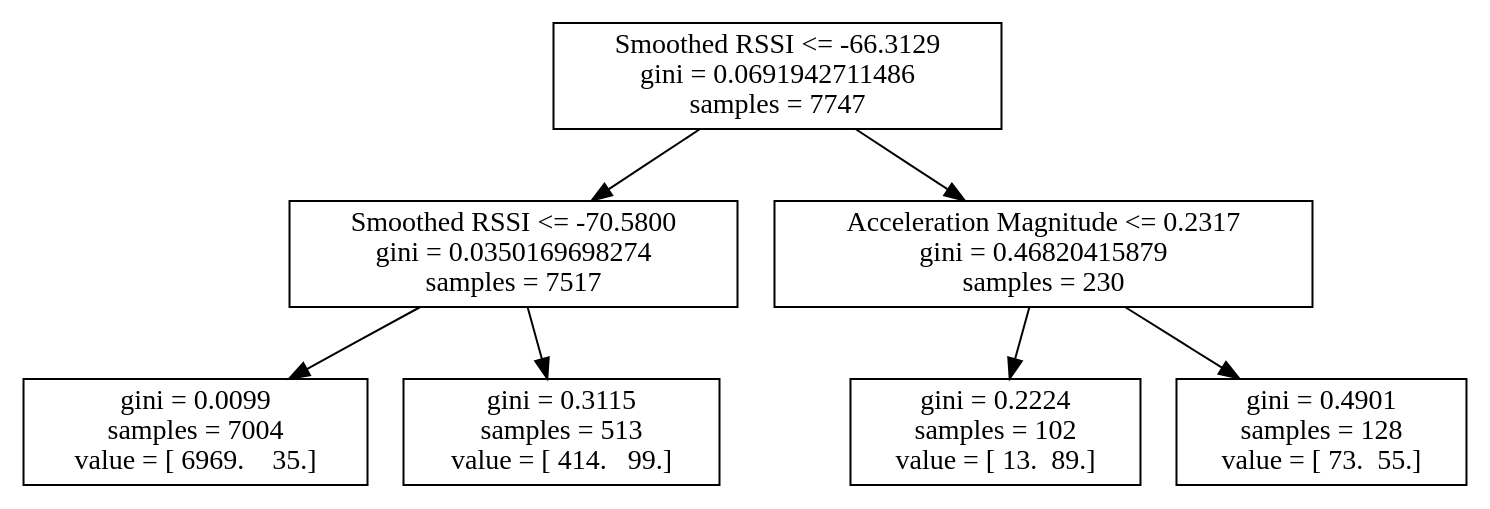
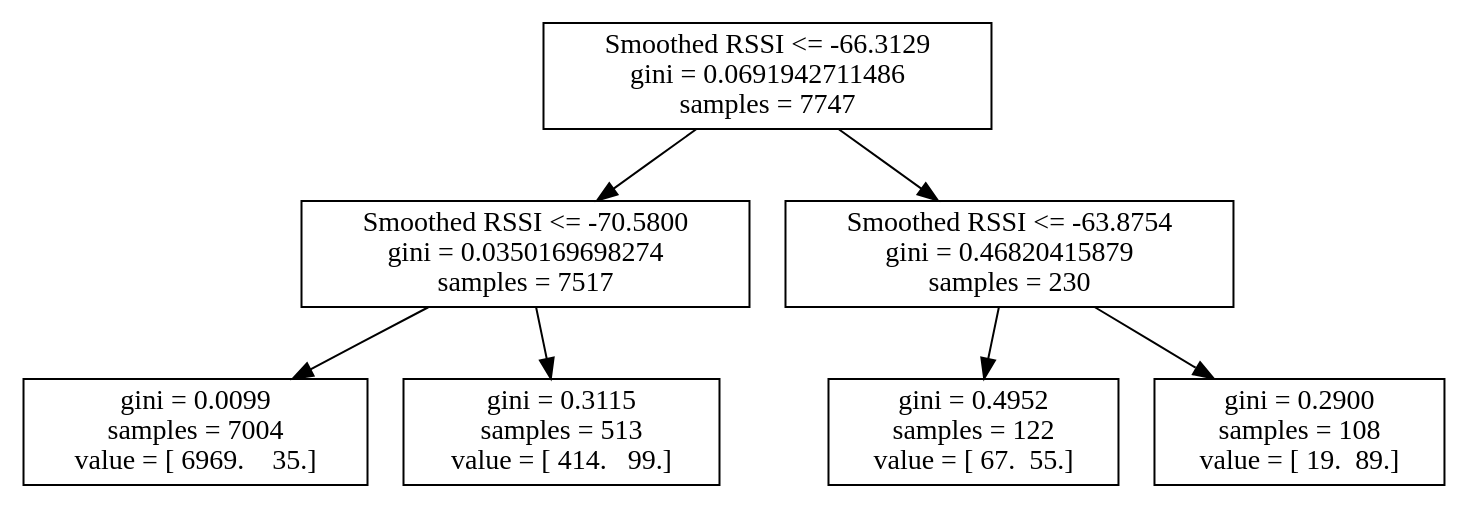
Before and after one commit to atitus5/6s062-Project: the diagram in logs/4_19/log20.dot, drawn with Graphviz. The commit also changed 3 other files, not shown here.

Commit message:
Data analysis + graphs for acc smoothing

```diff
--- a/logs/4_19/log20.dot
+++ b/logs/4_19/log20.dot
@@ -1,15 +1,15 @@
 digraph Tree {
 0 [label="Smoothed RSSI <= -66.3129\ngini = 0.0691942711486\nsamples = 7747", shape="box"] ;
 1 [label="Smoothed RSSI <= -70.5800\ngini = 0.0350169698274\nsamples = 7517", shape="box"] ;
 0 -> 1 ;
 2 [label="gini = 0.0099\nsamples = 7004\nvalue = [ 6969.    35.]", shape="box"] ;
 1 -> 2 ;
 3 [label="gini = 0.3115\nsamples = 513\nvalue = [ 414.   99.]", shape="box"] ;
 1 -> 3 ;
-4 [label="Acceleration Magnitude <= 0.2317\ngini = 0.46820415879\nsamples = 230", shape="box"] ;
+4 [label="Smoothed RSSI <= -63.8754\ngini = 0.46820415879\nsamples = 230", shape="box"] ;
 0 -> 4 ;
-5 [label="gini = 0.2224\nsamples = 102\nvalue = [ 13.  89.]", shape="box"] ;
+5 [label="gini = 0.4952\nsamples = 122\nvalue = [ 67.  55.]", shape="box"] ;
 4 -> 5 ;
-6 [label="gini = 0.4901\nsamples = 128\nvalue = [ 73.  55.]", shape="box"] ;
+6 [label="gini = 0.2900\nsamples = 108\nvalue = [ 19.  89.]", shape="box"] ;
 4 -> 6 ;
 }
```
